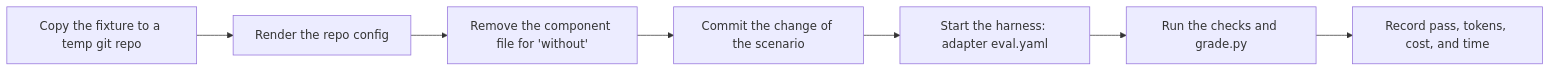
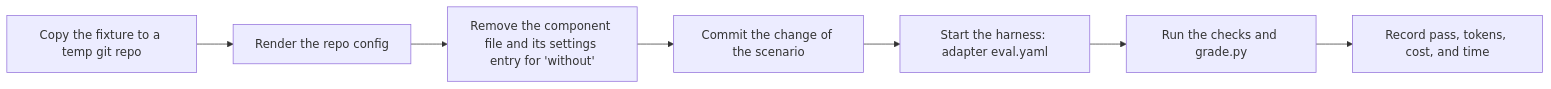
Before and after one commit to brawblan/ai-workflow: the diagram in framework/lifecycle.md, drawn with Mermaid. The commit also changed other lines of this file and 5 other files, not shown here.

First line of the commit message:
fix(evals): remove the hook settings entry in the without variant

````diff
--- a/framework/lifecycle.md
+++ b/framework/lifecycle.md
@@ -143,9 +143,9 @@
 ```mermaid
 flowchart LR
   A[Copy the fixture to a temp git repo] --> B[Render the repo config]
-  B --> C[Remove the component file for 'without']
+  B --> C[Remove the component file and its settings entry for 'without']
   C --> D[Commit the change of the scenario]
   D --> E[Start the harness: adapter eval.yaml]
   E --> F[Run the checks and grade.py]
   F --> G[Record pass, tokens, cost, and time]
 ```
````
